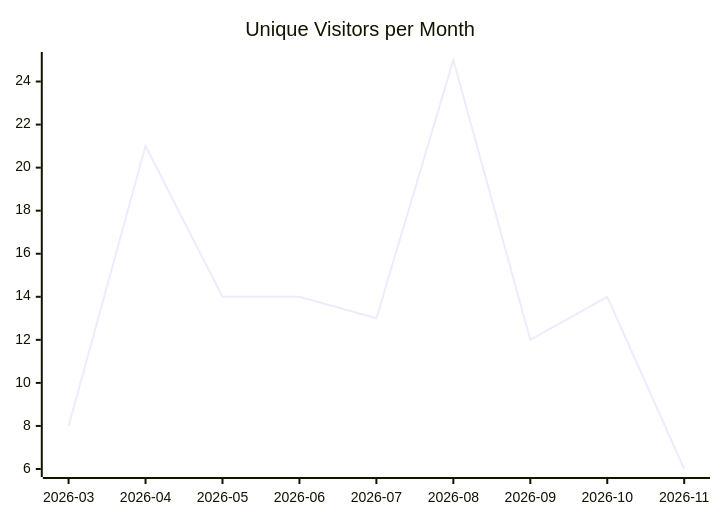
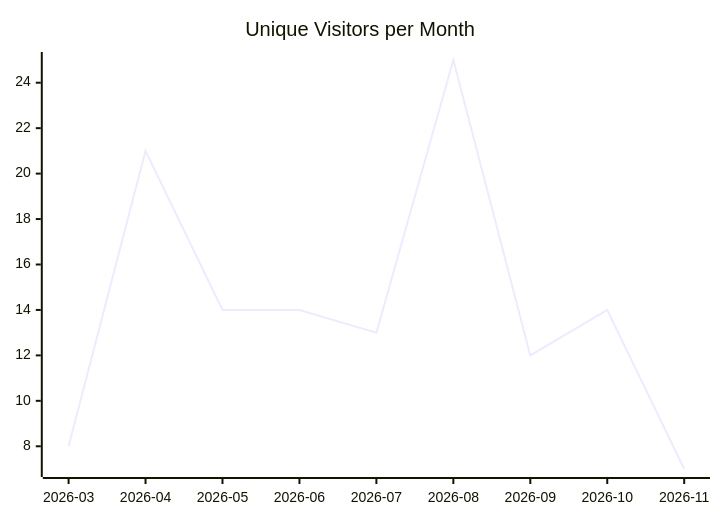
The first of 3 diagrams in karlmdavis/ksoap2-android/README.md (justdavis-family/github-analytics-data), drawn with Mermaid before and after one commit. The commit also changed other lines of this file and 191 other files, not shown here.

````diff
--- a/karlmdavis/ksoap2-android/README.md
+++ b/karlmdavis/ksoap2-android/README.md
@@ -5,6 +5,6 @@
 ```mermaid
 xychart-beta
   title "Unique Visitors per Month"
   x-axis ["2026-03", "2026-04", "2026-05", "2026-06", "2026-07", "2026-08", "2026-09", "2026-10", "2026-11"]
-  line [8, 21, 14, 14, 13, 25, 12, 14, 6]
+  line [8, 21, 14, 14, 13, 25, 12, 14, 7]
 ```
````
